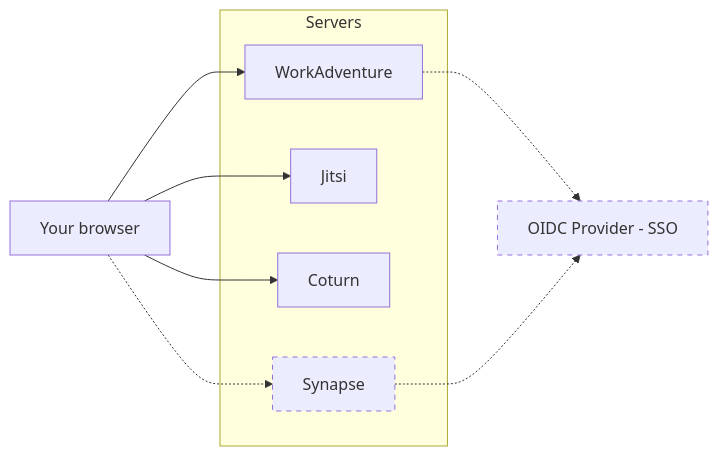
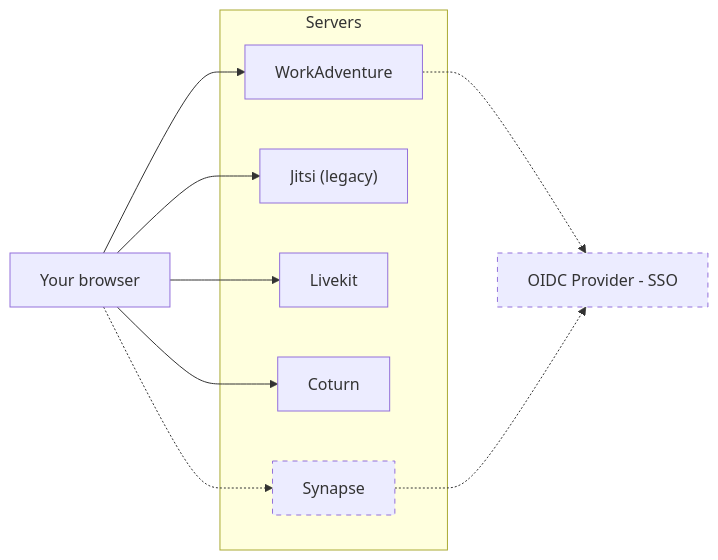
Before and after one commit to workadventure/workadventure: the diagram in docs/others/self-hosting/install.md, drawn with Mermaid. The commit also changed other lines of this file and 6 other files, not shown here.

Commit message:
Proposing a first version of the Helm chart with a livekit install bundled

````diff
--- a/docs/others/self-hosting/install.md
+++ b/docs/others/self-hosting/install.md
@@ -51,19 +52,21 @@
 ```mermaid
 flowchart LR
   
     subgraph Servers
     WorkAdventure
     Jitsi
+    Livekit
     Coturn
     Synapse
     end
     Browser1["Your browser"]
     Browser1-->WorkAdventure
-    Browser1-->Jitsi
+    Browser1-->Jitsi["Jitsi (legacy)"]
+    Browser1-->Livekit
     Browser1-->Coturn
     Browser1-.->Synapse
     WorkAdventure-.->OIDC[OIDC Provider - SSO]
     Synapse-.->OIDC
   style Synapse stroke-width:1px,stroke-dasharray: 5 5
   style OIDC stroke-width:1px,stroke-dasharray: 5 5
 ```
````
